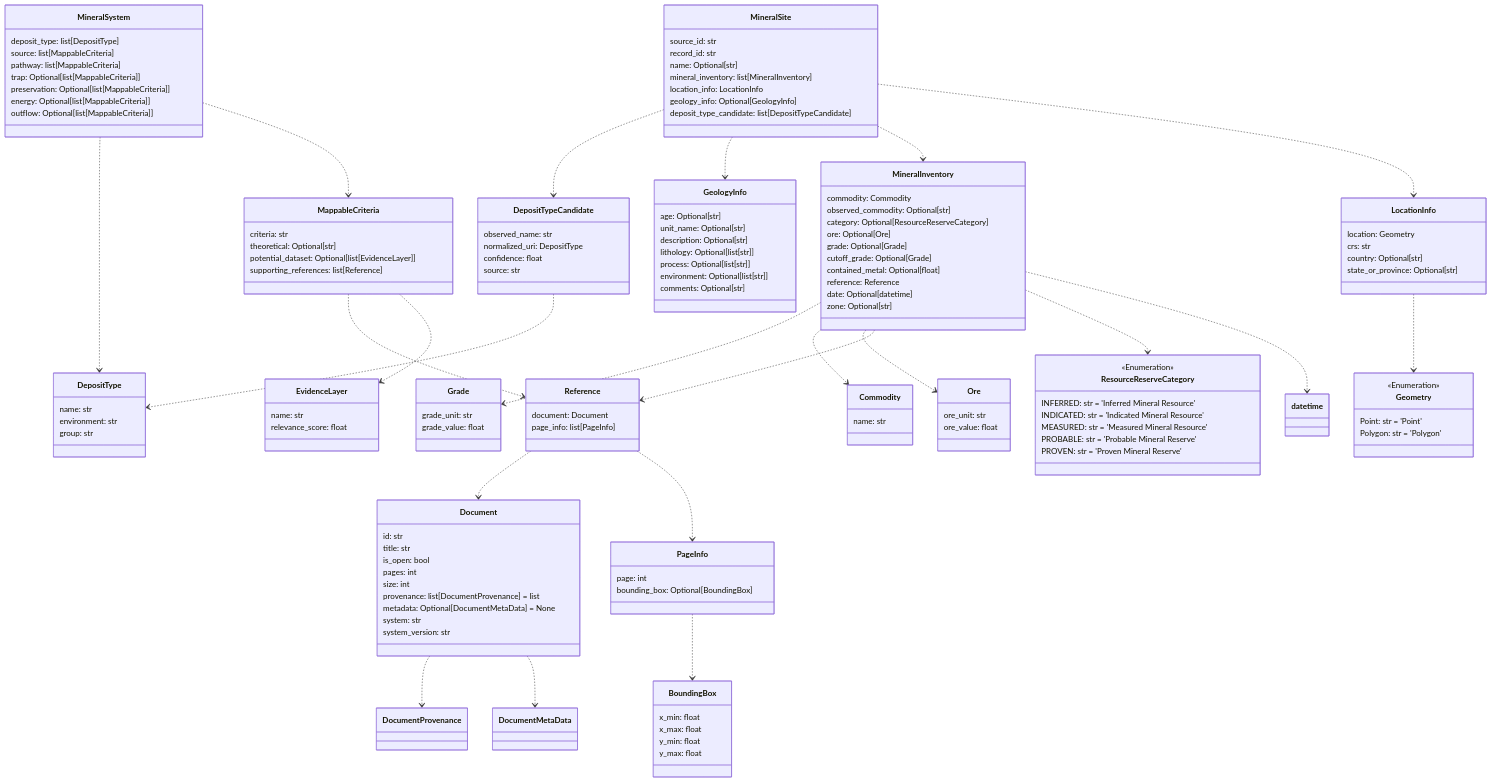
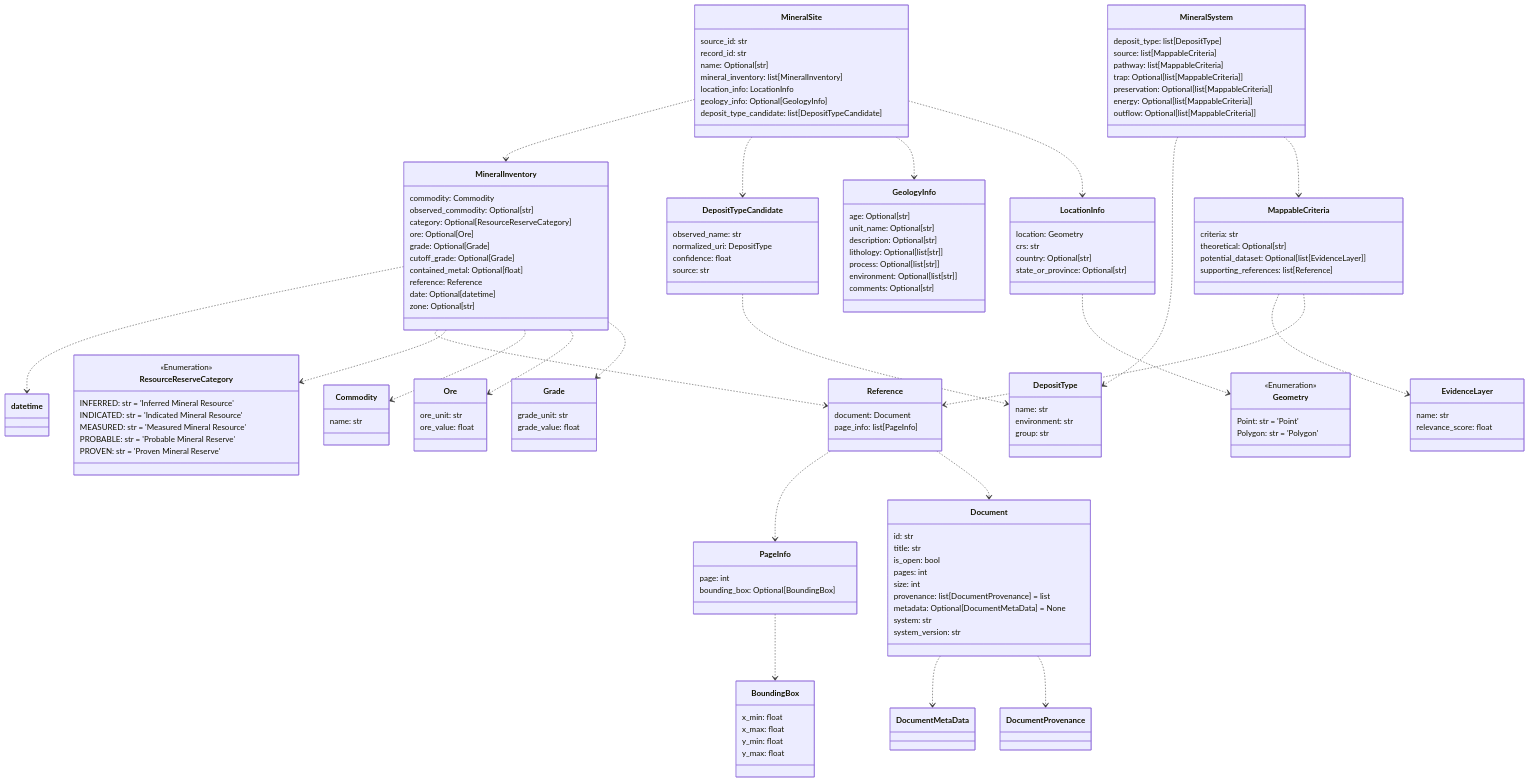
Before and after one commit to DARPA-CRITICALMAAS/cdr_schemas: the tenth of 12 diagrams in README.md, drawn with Mermaid. The commit also changed other lines of this file and 7 other files, not shown here.

````diff
--- a/README.md
+++ b/README.md
@@ -695,9 +737,15 @@
 ```mermaid
 classDiagram
 
-    class PageInfo {
-        page: int
-        bounding_box: Optional[BoundingBox]
+    class BoundingBox {
+        x_min: float
+        x_max: float
+        y_min: float
+        y_max: float
+    }
+
+    class Commodity {
+        name: str
     }
 
     class EvidenceLayer {
@@ -705,19 +753,38 @@
         relevance_score: float
     }
 
-    class Reference {
-        document: Document
-        page_info: list[PageInfo]
+    class GeologyInfo {
+        age: Optional[str]
+        unit_name: Optional[str]
+        description: Optional[str]
+        lithology: Optional[list[str]]
+        process: Optional[list[str]]
+        environment: Optional[list[str]]
+        comments: Optional[str]
     }
 
-    class MineralSystem {
-        deposit_type: list[DepositType]
-        source: list[MappableCriteria]
-        pathway: list[MappableCriteria]
-        trap: Optional[list[MappableCriteria]]
-        preservation: Optional[list[MappableCriteria]]
-        energy: Optional[list[MappableCriteria]]
-        outflow: Optional[list[MappableCriteria]]
+    class Grade {
+        grade_unit: str
+        grade_value: float
+    }
+
+    class LocationInfo {
+        location: Geometry
+        crs: str
+        country: Optional[str]
+        state_or_province: Optional[str]
+    }
+
+    class PageInfo {
+        page: int
+        bounding_box: Optional[BoundingBox]
+    }
+
+    class DepositTypeCandidate {
+        observed_name: str
+        normalized_uri: DepositType
+        confidence: float
+        source: str
     }
 
     class ResourceReserveCategory {
@@ -727,40 +794,6 @@
         MEASURED: str = 'Measured Mineral Resource'
         PROBABLE: str = 'Probable Mineral Reserve'
         PROVEN: str = 'Proven Mineral Reserve'
-    }
-
-    class DepositTypeCandidate {
-        observed_name: str
-        normalized_uri: DepositType
-        confidence: float
-        source: str
-    }
-
-    class MappableCriteria {
-        criteria: str
-        theoretical: Optional[str]
-        potential_dataset: Optional[list[EvidenceLayer]]
-        supporting_references: list[Reference]
-    }
-
-    class Ore {
-        ore_unit: str
-        ore_value: float
-    }
-
-    class MineralSite {
-        source_id: str
-        record_id: str
-        name: Optional[str]
-        mineral_inventory: list[MineralInventory]
-        location_info: LocationInfo
-        geology_info: Optional[GeologyInfo]
-        deposit_type_candidate: list[DepositTypeCandidate]
-    }
-
-    class Grade {
-        grade_unit: str
-        grade_value: float
     }
 
     class Document {
@@ -775,14 +808,25 @@
         system_version: str
     }
 
-    class GeologyInfo {
-        age: Optional[str]
-        unit_name: Optional[str]
-        description: Optional[str]
-        lithology: Optional[list[str]]
-        process: Optional[list[str]]
-        environment: Optional[list[str]]
-        comments: Optional[str]
+    class DepositType {
+        name: str
+        environment: str
+        group: str
+    }
+
+    class MineralSite {
+        source_id: str
+        record_id: str
+        name: Optional[str]
+        mineral_inventory: list[MineralInventory]
+        location_info: LocationInfo
+        geology_info: Optional[GeologyInfo]
+        deposit_type_candidate: list[DepositTypeCandidate]
+    }
+
+    class Ore {
+        ore_unit: str
+        ore_value: float
     }
 
     class MineralInventory {
@@ -798,34 +842,32 @@
         zone: Optional[str]
     }
 
-    class DepositType {
-        name: str
-        environment: str
-        group: str
-    }
-
-    class LocationInfo {
-        location: Geometry
-        crs: str
-        country: Optional[str]
-        state_or_province: Optional[str]
-    }
-
-    class Commodity {
-        name: str
-    }
-
-    class BoundingBox {
-        x_min: float
-        x_max: float
-        y_min: float
-        y_max: float
+    class Reference {
+        document: Document
+        page_info: list[PageInfo]
     }
 
     class Geometry {
         <<Enumeration>>
         Point: str = 'Point'
         Polygon: str = 'Polygon'
+    }
+
+    class MineralSystem {
+        deposit_type: list[DepositType]
+        source: list[MappableCriteria]
+        pathway: list[MappableCriteria]
+        trap: Optional[list[MappableCriteria]]
+        preservation: Optional[list[MappableCriteria]]
+        energy: Optional[list[MappableCriteria]]
+        outflow: Optional[list[MappableCriteria]]
+    }
+
+    class MappableCriteria {
+        criteria: str
+        theoretical: Optional[str]
+        potential_dataset: Optional[list[EvidenceLayer]]
+        supporting_references: list[Reference]
     }
 
     Document ..> DocumentMetaData
@@ -836,19 +878,19 @@
     Reference ..> Document
     MappableCriteria ..> EvidenceLayer
     MappableCriteria ..> Reference
+    MineralSystem ..> DepositType
     MineralSystem ..> MappableCriteria
-    MineralSystem ..> DepositType
     MineralInventory ..> datetime
+    MineralInventory ..> Reference
     MineralInventory ..> ResourceReserveCategory
-    MineralInventory ..> Reference
+    MineralInventory ..> Commodity
     MineralInventory ..> Ore
-    MineralInventory ..> Commodity
     MineralInventory ..> Grade
     LocationInfo ..> Geometry
+    MineralSite ..> MineralInventory
+    MineralSite ..> DepositTypeCandidate
+    MineralSite ..> GeologyInfo
     MineralSite ..> LocationInfo
-    MineralSite ..> MineralInventory
-    MineralSite ..> GeologyInfo
-    MineralSite ..> DepositTypeCandidate
 
 
 ```
````
